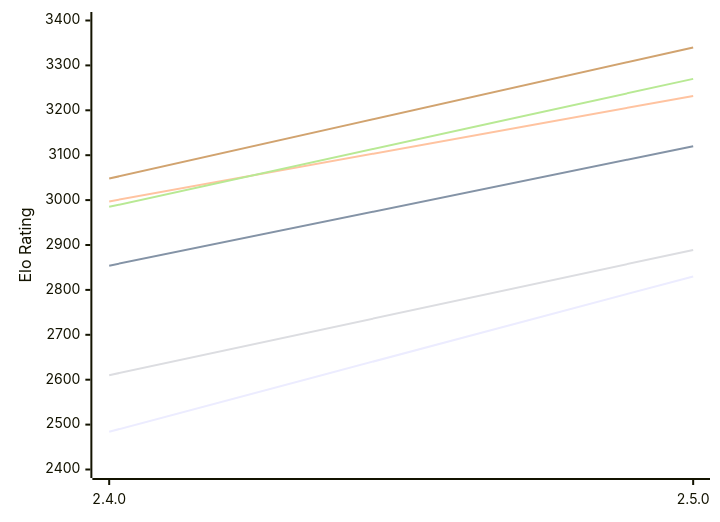
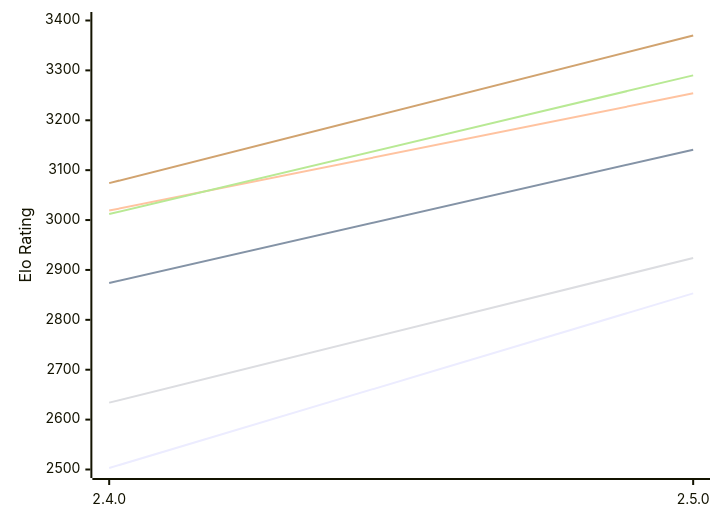
One commit to computer-chess-index/cci changed the diagram in engines/Rarog.md. Above: the diagram before and after it, drawn with Mermaid. The commit also changed other lines of this file, not shown here.

Commit message:
Update CCI Ratings (ELO VLTC) - 2026-10-20

````diff
--- a/engines/Rarog.md
+++ b/engines/Rarog.md
@@ -49,12 +49,12 @@
 ```mermaid
 %%{init: {"theme":"base","themeVariables":{"seriesColors:['#a3a3a3','#222221','#faa371']}}}%%
 xychart-beta
   x-axis ["2.4.0", "2.5.0"]
-  y-axis "Elo Rating" 2400 --> 3400
-  line "E1: STC (8.0+0.08s)" [2484, 2830]
-  line "E1: LTC (60.0+0.60s)" [2854, 3120]
-  line "E1: VLTC (2m24s+1.12s)" [2997, 3232]
-  line "P1: STC (8.0+0.08s)" [2610, 2889]
-  line "P1: LTC (60.0+0.60s)" [2985, 3270]
-  line "P1: VLTC (2m24s+1.12s)" [3048, 3340]
+  y-axis "Elo Rating" 2500 --> 3400
+  line "E1: STC (8.0+0.08s)" [2503, 2853]
+  line "E1: LTC (60.0+0.60s)" [2874, 3141]
+  line "E1: VLTC (2m24s+1.12s)" [3019, 3254]
+  line "P1: STC (8.0+0.08s)" [2634, 2924]
+  line "P1: LTC (60.0+0.60s)" [3012, 3290]
+  line "P1: VLTC (2m24s+1.12s)" [3074, 3370]
 ```
````
